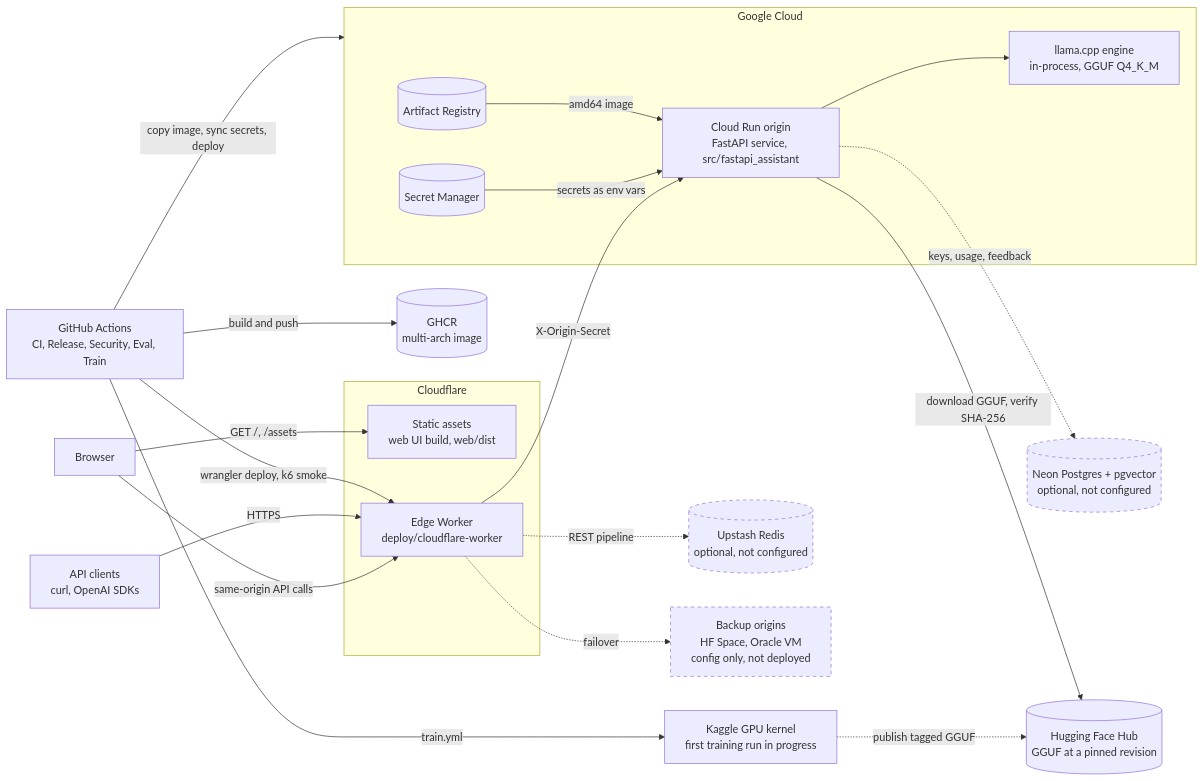
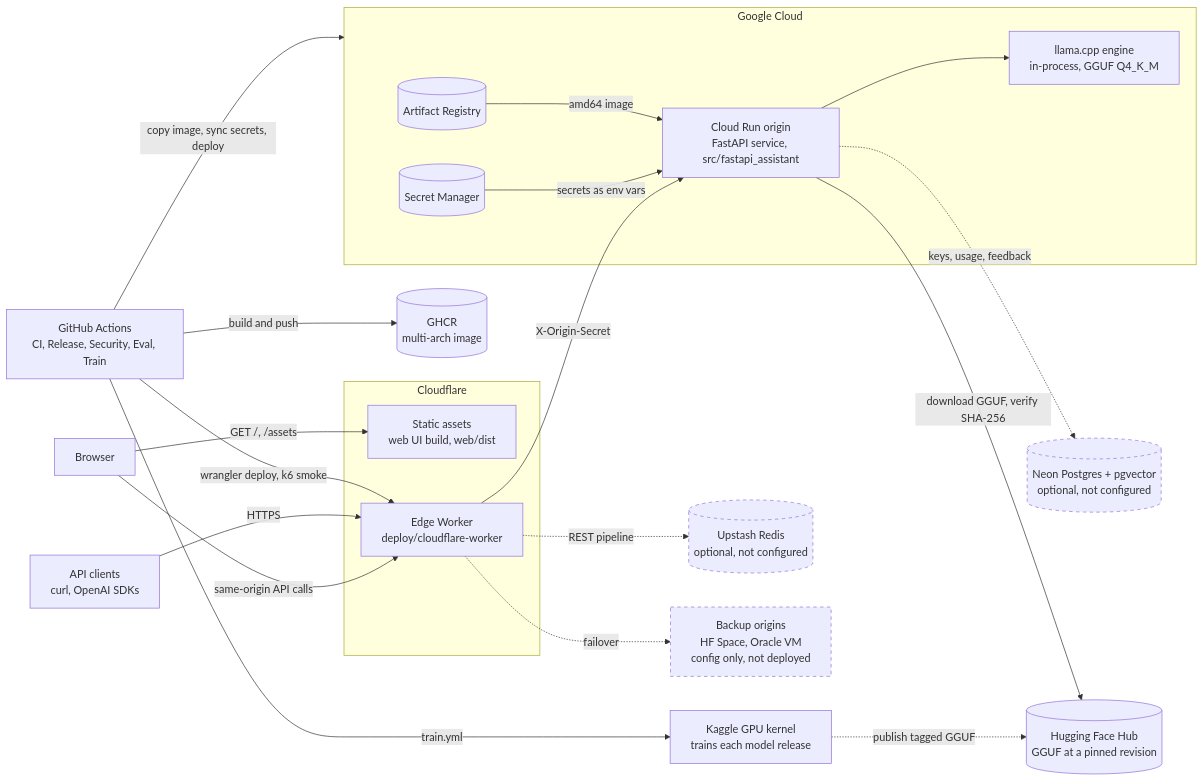
Before and after one commit to syed-waleed-ahmed/Niche-Finetuned-Model: the diagram in docs/architecture/SYSTEM_ARCHITECTURE.md, drawn with Mermaid. The commit also changed other lines of this file and 8 other files, not shown here.

````diff
--- a/docs/architecture/SYSTEM_ARCHITECTURE.md
+++ b/docs/architecture/SYSTEM_ARCHITECTURE.md
@@ -44,46 +44,46 @@
 ```mermaid
 flowchart LR
     Client["API clients<br/>curl, OpenAI SDKs"]
     Browser["Browser"]
 
     subgraph CF["Cloudflare"]
         Assets["Static assets<br/>web UI build, web/dist"]
         Worker["Edge Worker<br/>deploy/cloudflare-worker"]
     end
 
     Redis[("Upstash Redis<br/>optional, not configured")]
     Backup["Backup origins<br/>HF Space, Oracle VM<br/>config only, not deployed"]
 
     subgraph GCP["Google Cloud"]
         Run["Cloud Run origin<br/>FastAPI service, src/fastapi_assistant"]
         Engine["llama.cpp engine<br/>in-process, GGUF Q4_K_M"]
         SM[("Secret Manager")]
         AR[("Artifact Registry")]
     end
 
     PG[("Neon Postgres + pgvector<br/>optional, not configured")]
     Hub[("Hugging Face Hub<br/>GGUF at a pinned revision")]
     GHA["GitHub Actions<br/>CI, Release, Security, Eval, Train"]
     GHCR[("GHCR<br/>multi-arch image")]
-    Kaggle["Kaggle GPU kernel<br/>first training run in progress"]
+    Kaggle["Kaggle GPU kernel<br/>trains each model release"]
 
     Browser -->|"GET /, /assets"| Assets
     Browser -->|"same-origin API calls"| Worker
     Client -->|HTTPS| Worker
     Worker -.->|"REST pipeline"| Redis
     Worker -->|"X-Origin-Secret"| Run
     Worker -.->|"failover"| Backup
     Run --> Engine
     Run -.->|"keys, usage, feedback"| PG
     Run -->|"download GGUF, verify SHA-256"| Hub
     SM -->|"secrets as env vars"| Run
     AR -->|"amd64 image"| Run
     GHA -->|"build and push"| GHCR
     GHA -->|"copy image, sync secrets, deploy"| GCP
     GHA -->|"wrangler deploy, k6 smoke"| Worker
     GHA -->|"train.yml"| Kaggle
     Kaggle -.->|"publish tagged GGUF"| Hub
 
     classDef optional stroke-dasharray: 5 5
     class Redis,Backup,PG optional
 ```
````
